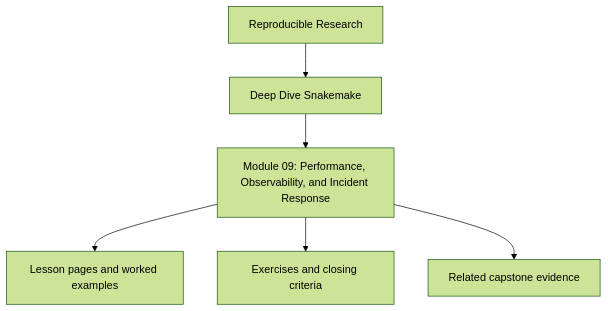
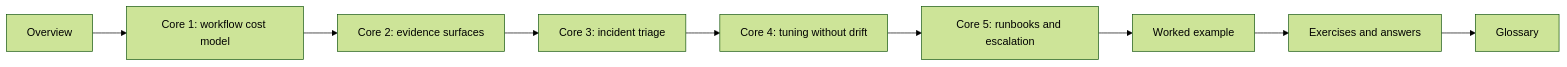
One commit to bijux/bijux-masterclass changed the diagram in programs/reproducible-research/deep-dive-snakemake/course-book/module-09-performance-observability-incident-response/index.md. Above: the diagram before and after it, drawn with Mermaid (forest theme). The commit also changed other lines of this file and 1 other file, not shown here.

Commit message:
docs(snakemake-module-09): rewrite overview as module map

````diff
--- a/programs/reproducible-research/deep-dive-snakemake/course-book/module-09-performance-observability-incident-response/index.md
+++ b/programs/reproducible-research/deep-dive-snakemake/course-book/module-09-performance-observability-incident-response/index.md
@@ -9,8 +38,11 @@
 ```mermaid
-flowchart TD
-  family["Reproducible Research"] --> program["Deep Dive Snakemake"]
-  program --> module["Module 09: Performance, Observability, and Incident Response"]
-  module --> lessons["Lesson pages and worked examples"]
-  module --> checkpoints["Exercises and closing criteria"]
-  module --> capstone["Related capstone evidence"]
+flowchart LR
+  overview["Overview"] --> core1["Core 1: workflow cost model"]
+  core1 --> core2["Core 2: evidence surfaces"]
+  core2 --> core3["Core 3: incident triage"]
+  core3 --> core4["Core 4: tuning without drift"]
+  core4 --> core5["Core 5: runbooks and escalation"]
+  core5 --> example["Worked example"]
+  example --> practice["Exercises and answers"]
+  practice --> glossary["Glossary"]
 ```
````
